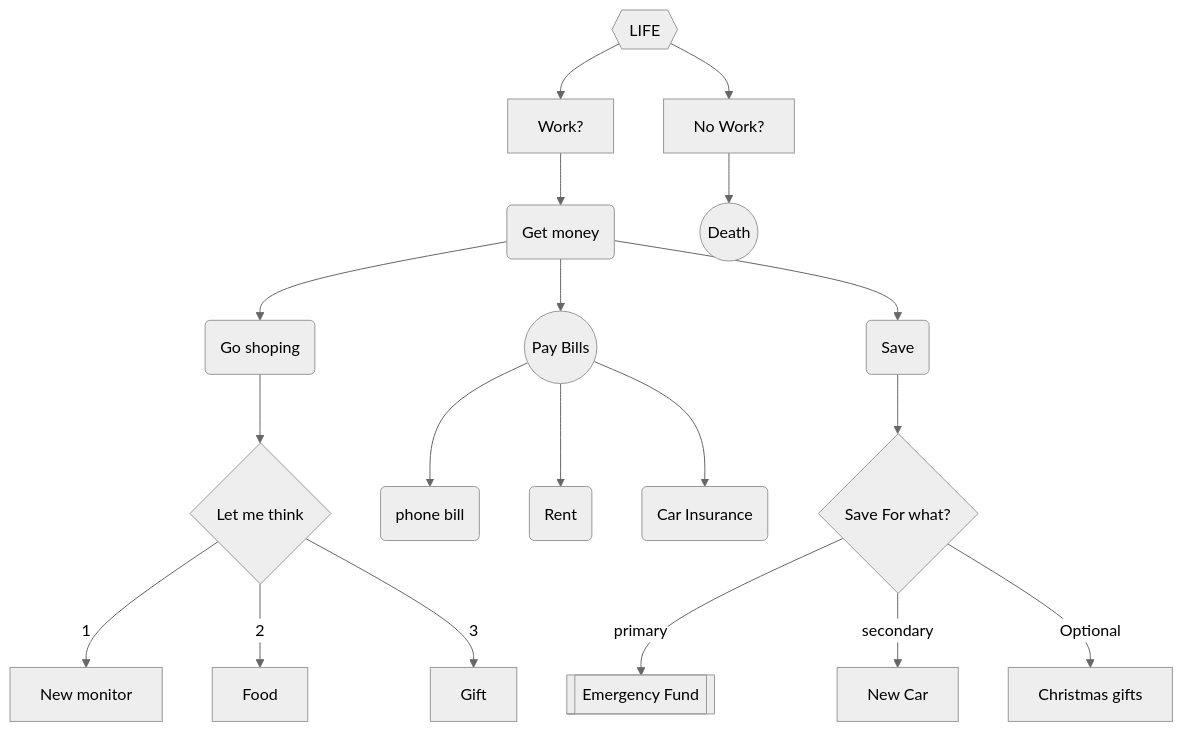
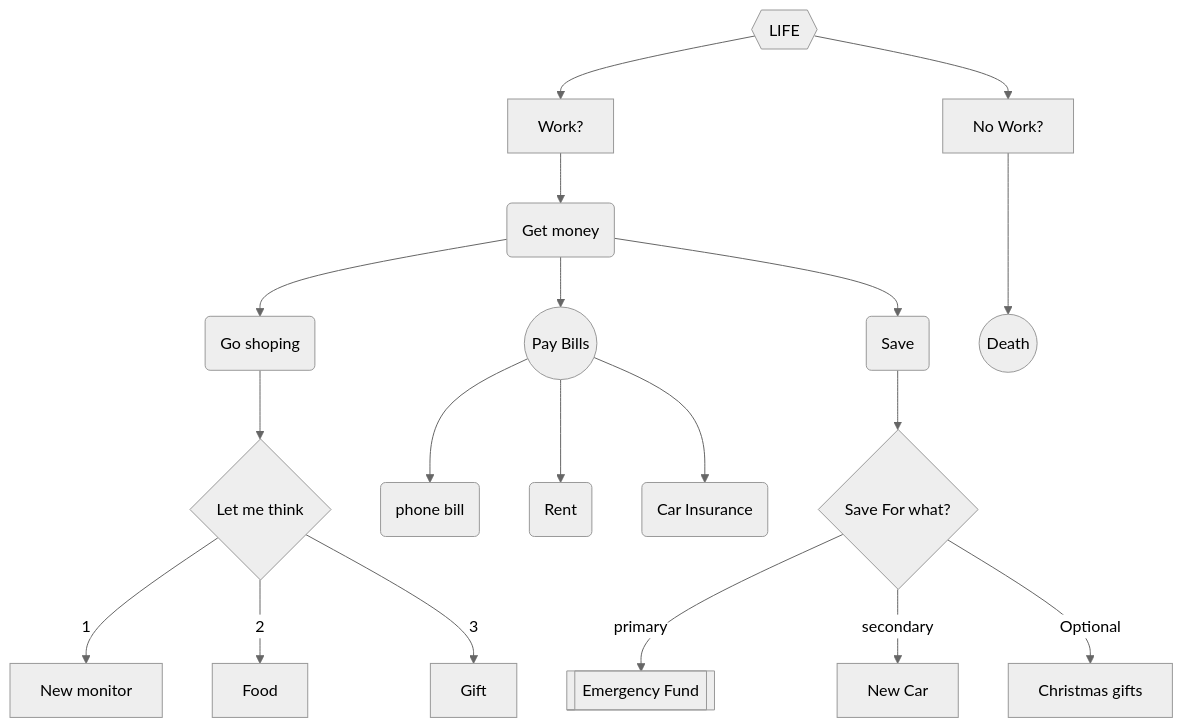
The diagram in Diagram.md (Epperezmoreno/epperezmoreno.github.io), drawn with Mermaid (neutral theme) before and after one commit.

Commit message:
Update Diagram.md
added extra arrow to see what happens

````diff
--- a/Diagram.md
+++ b/Diagram.md
@@ -1,30 +1,30 @@
 ```mermaid
 flowchart TD 
 AA{{LIFE}} -->A[Work?] -->B(Get money)
 B --> C(Go shoping)
 B --> D((Pay Bills))
 B --> E(Save)
 C --> F{Let me think}
 F -->|1| G[New monitor]
 F -->|2| H[Food]
 F -->|3| I[Gift]
 
 D --> J(phone bill)
 D --> K(Rent)
 D --> M(Car Insurance)
 
 E --> N{Save For what?}
 N --> |primary| O[[Emergency Fund]]
 N --> |secondary| P[New Car]
 N --> |Optional| Q[Christmas gifts]
 
 
 
 
 
 
 
 AA -->X[No Work?]
-X -->L((Death))
+X --->L((Death))
 
 ```
````
